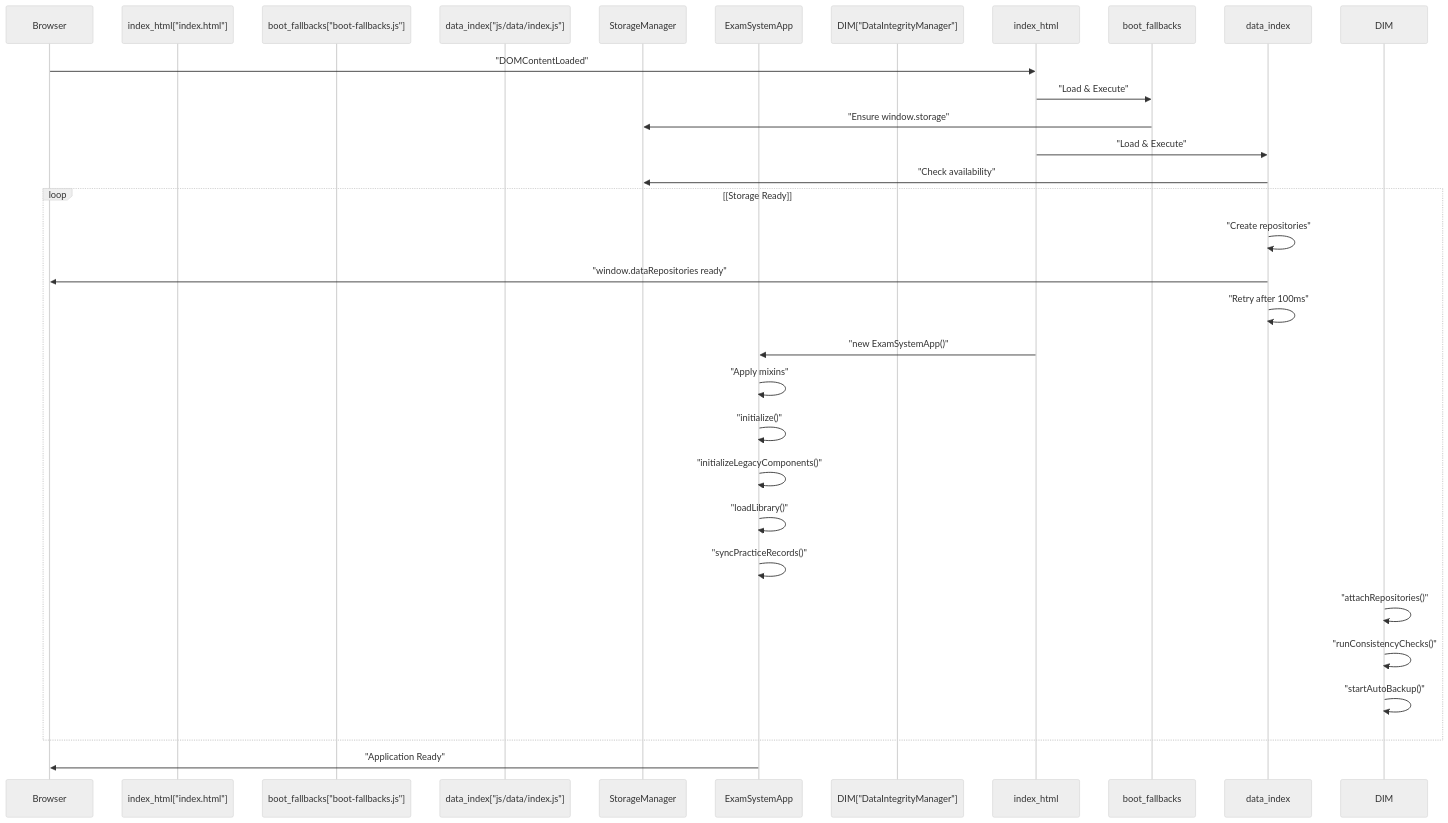
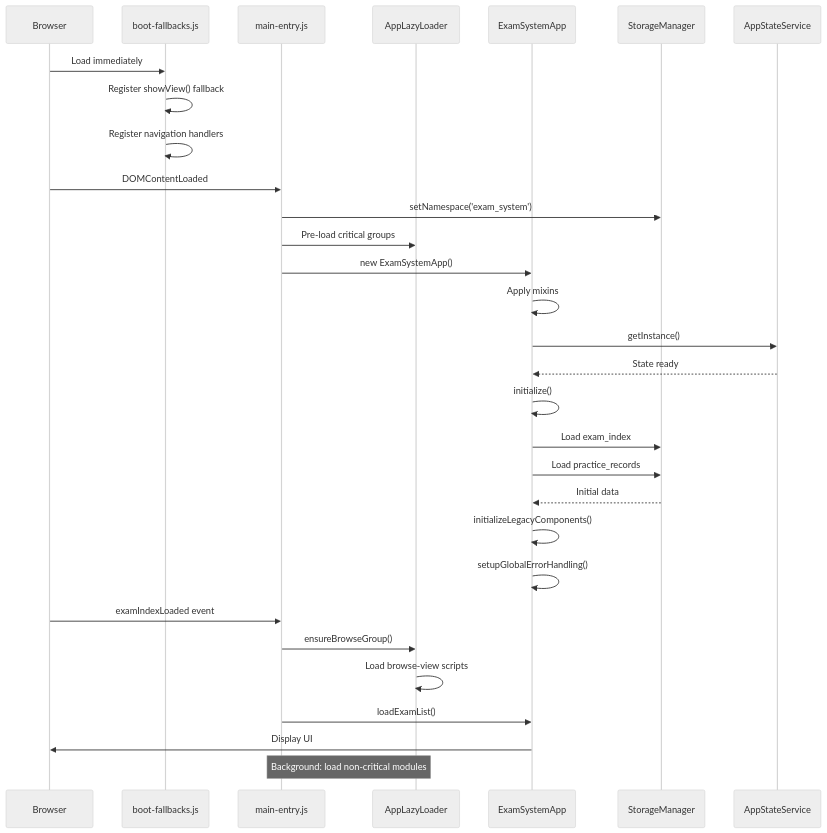
One commit to sallowayma-git/IELTS-practice changed the second of 6 diagrams in developer/doc/Wiki/IELTS-Practice-System-Overview.md. Above: the diagram before and after it, drawn with Mermaid (neutral theme). The commit also changed other lines of this file and 84 other files, not shown here.

````diff
--- a/developer/doc/Wiki/IELTS-Practice-System-Overview.md
+++ b/developer/doc/Wiki/IELTS-Practice-System-Overview.md
@@ -156,35 +145,33 @@
 ```mermaid
 sequenceDiagram
-  participant Browser
-  participant index_html["index.html"]
-  participant boot_fallbacks["boot-fallbacks.js"]
-  participant data_index["js/data/index.js"]
-  participant StorageManager
-  participant ExamSystemApp
-  participant DIM["DataIntegrityManager"]
-  participant index_html
-  participant boot_fallbacks
-  participant data_index
-  participant DIM
+  participant p1 as Browser
+  participant p2 as boot-fallbacks.js
+  participant p3 as main-entry.js
+  participant p4 as AppLazyLoader
+  participant p5 as ExamSystemApp
+  participant p6 as StorageManager
+  participant p7 as AppStateService
 
-  Browser->>index_html: "DOMContentLoaded"
-  index_html->>boot_fallbacks: "Load & Execute"
-  boot_fallbacks->>StorageManager: "Ensure window.storage"
-  index_html->>data_index: "Load & Execute"
-  data_index->>StorageManager: "Check availability"
-  loop [Storage Ready]
-    data_index->>data_index: "Create repositories"
-    data_index->>Browser: "window.dataRepositories ready"
-    data_index->>data_index: "Retry after 100ms"
-    index_html->>ExamSystemApp: "new ExamSystemApp()"
-    ExamSystemApp->>ExamSystemApp: "Apply mixins"
-    ExamSystemApp->>ExamSystemApp: "initialize()"
-    ExamSystemApp->>ExamSystemApp: "initializeLegacyComponents()"
-    ExamSystemApp->>ExamSystemApp: "loadLibrary()"
-    ExamSystemApp->>ExamSystemApp: "syncPracticeRecords()"
-    DIM->>DIM: "attachRepositories()"
-    DIM->>DIM: "runConsistencyChecks()"
-    DIM->>DIM: "startAutoBackup()"
-  end
-  ExamSystemApp->>Browser: "Application Ready"
+  p1->>p2: Load immediately
+  p2->>p2: Register showView() fallback
+  p2->>p2: Register navigation handlers
+  p1->>p3: DOMContentLoaded
+  p3->>p6: setNamespace('exam_system')
+  p3->>p4: Pre-load critical groups
+  p3->>p5: new ExamSystemApp()
+  p5->>p5: Apply mixins
+  p5->>p7: getInstance()
+  p7-->>p5: State ready
+  p5->>p5: initialize()
+  p5->>p6: Load exam_index
+  p5->>p6: Load practice_records
+  p6-->>p5: Initial data
+  p5->>p5: initializeLegacyComponents()
+  p5->>p5: setupGlobalErrorHandling()
+  p1->>p3: examIndexLoaded event
+  p3->>p4: ensureBrowseGroup()
+  p4->>p4: Load browse-view scripts
+  p3->>p5: loadExamList()
+  p5->>p1: Display UI
+  note over p3,p4: Background: load non-critical modules
 ```
````
